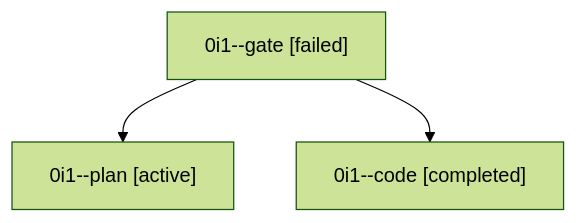
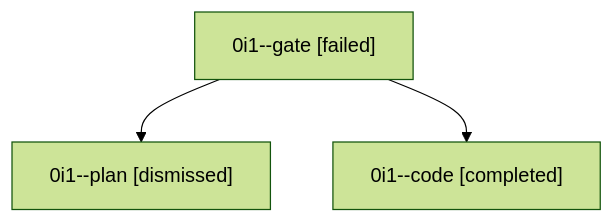
One commit to sase-org/sase--agents changed the diagram in sessions/bbugyi200.athena.0i1.md. Above: the diagram before and after it, drawn with Mermaid (forest theme). The commit also changed other lines of this file and 27 other files, not shown here.

````diff
--- a/sessions/bbugyi200.athena.0i1.md
+++ b/sessions/bbugyi200.athena.0i1.md
@@ -9,8 +9,8 @@
 ```mermaid
 flowchart TD
   n0["0i1--gate [failed]"]
-  n1["0i1--plan [active]"]
+  n1["0i1--plan [dismissed]"]
   n0 --> n1
   n2["0i1--code [completed]"]
   n0 --> n2
 ```
````
